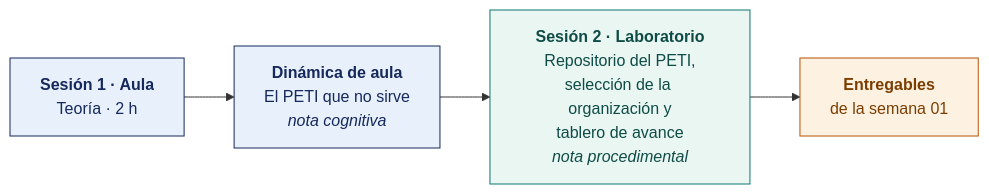
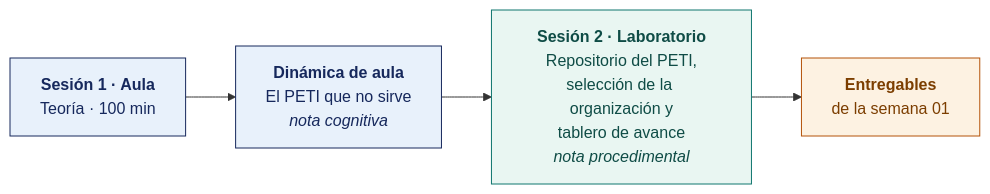
The diagram in SEMANA-01/README.md (OscarJimenezFlores/PETI), drawn with Mermaid before and after one commit. The commit also changed other lines of this file and 18 other files, not shown here.

````diff
--- a/SEMANA-01/README.md
+++ b/SEMANA-01/README.md
@@ -47,14 +47,14 @@
 ```mermaid
 flowchart LR
-    A["<b>Sesión 1 · Aula</b><br/>Teoría · 2 h"]
+    A["<b>Sesión 1 · Aula</b><br/>Teoría · 100 min"]
     B["<b>Dinámica de aula</b><br/>El PETI que no sirve<br/><i>nota cognitiva</i>"]
     C["<b>Sesión 2 · Laboratorio</b><br/>Repositorio del PETI,<br/>selección de la organización y<br/>tablero de avance<br/><i>nota procedimental</i>"]
     D["<b>Entregables</b><br/>de la semana 01"]
     A --> B --> C --> D
     classDef aula fill:#E8F1FB,stroke:#16285C,stroke-width:1px,color:#16285C;
     classDef lab fill:#E9F6F2,stroke:#0F766E,stroke-width:1px,color:#0F4C46;
     classDef ent fill:#FDF2E2,stroke:#B45309,stroke-width:1px,color:#7C3E00;
     class A,B aula;
     class C lab;
     class D ent;
 ```
````
